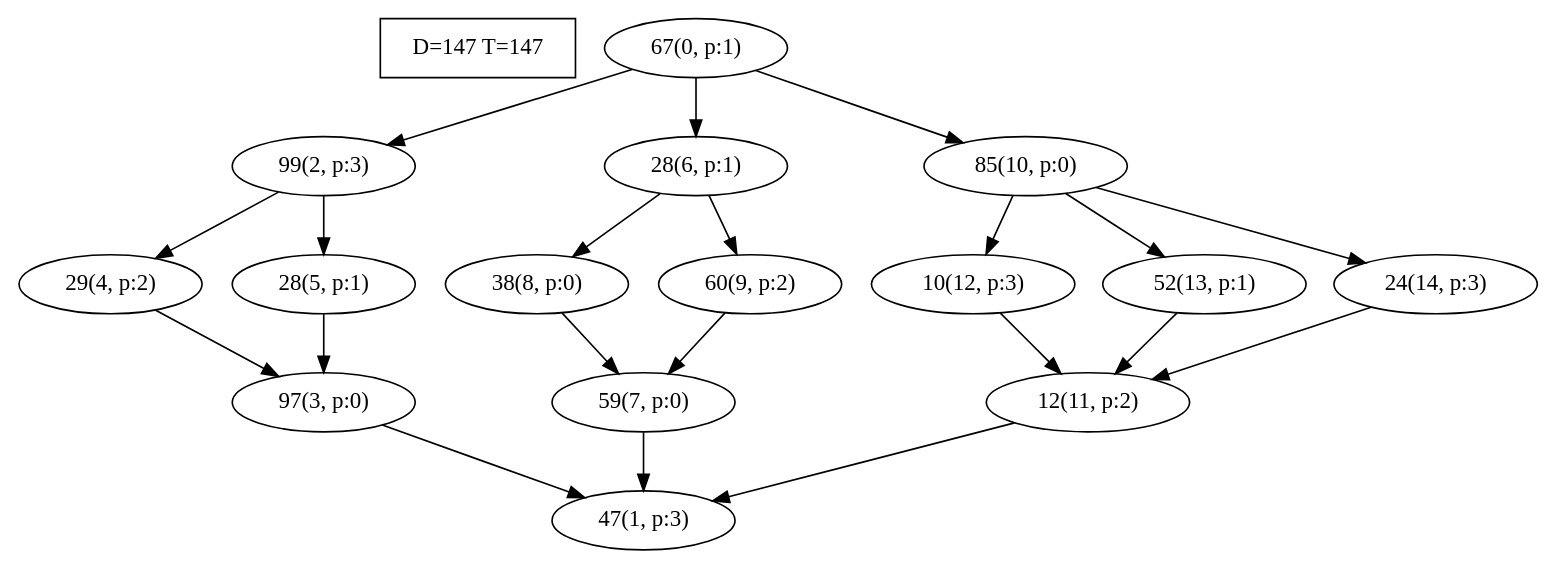
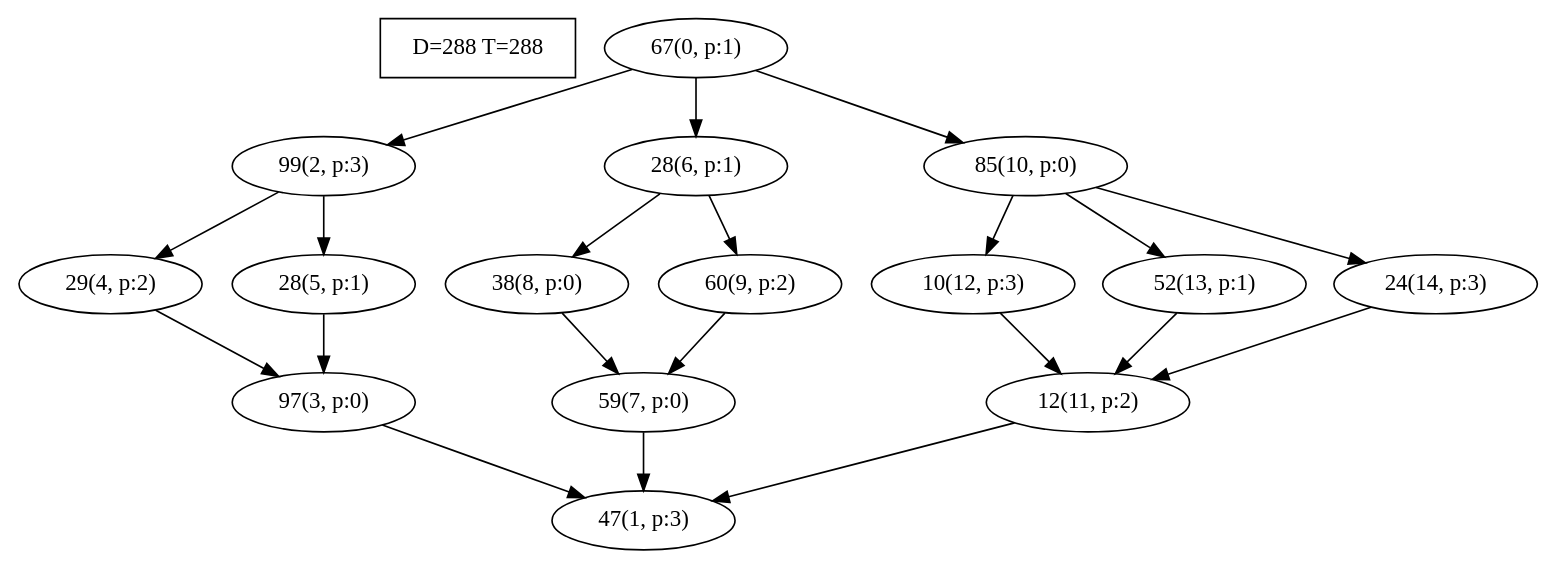
One commit to gzqx/global-dag-randomization changed the diagram in res/generated_dags/taskset_48/task_0.dot. Above: the diagram before and after it, drawn with Graphviz. The commit also changed 119 other files, not shown here.

```diff
--- a/res/generated_dags/taskset_48/task_0.dot
+++ b/res/generated_dags/taskset_48/task_0.dot
@@ -1,38 +1,38 @@
 digraph Task {
-i [shape=box, label="D=147 T=147"]; 
+i [shape=box, label="D=288 T=288"]; 
 0 [label="67(0, p:1)"];
 1 [label="47(1, p:3)"];
 2 [label="99(2, p:3)"];
 3 [label="97(3, p:0)"];
 4 [label="29(4, p:2)"];
 5 [label="28(5, p:1)"];
 6 [label="28(6, p:1)"];
 7 [label="59(7, p:0)"];
 8 [label="38(8, p:0)"];
 9 [label="60(9, p:2)"];
 10 [label="85(10, p:0)"];
 11 [label="12(11, p:2)"];
 12 [label="10(12, p:3)"];
 13 [label="52(13, p:1)"];
 14 [label="24(14, p:3)"];
 0 -> 2;
 0 -> 6;
 0 -> 10;
 2 -> 4;
 2 -> 5;
 3 -> 1;
 4 -> 3;
 5 -> 3;
 6 -> 8;
 6 -> 9;
 7 -> 1;
 8 -> 7;
 9 -> 7;
 10 -> 12;
 10 -> 13;
 10 -> 14;
 11 -> 1;
 12 -> 11;
 13 -> 11;
 14 -> 11;
 }
```
